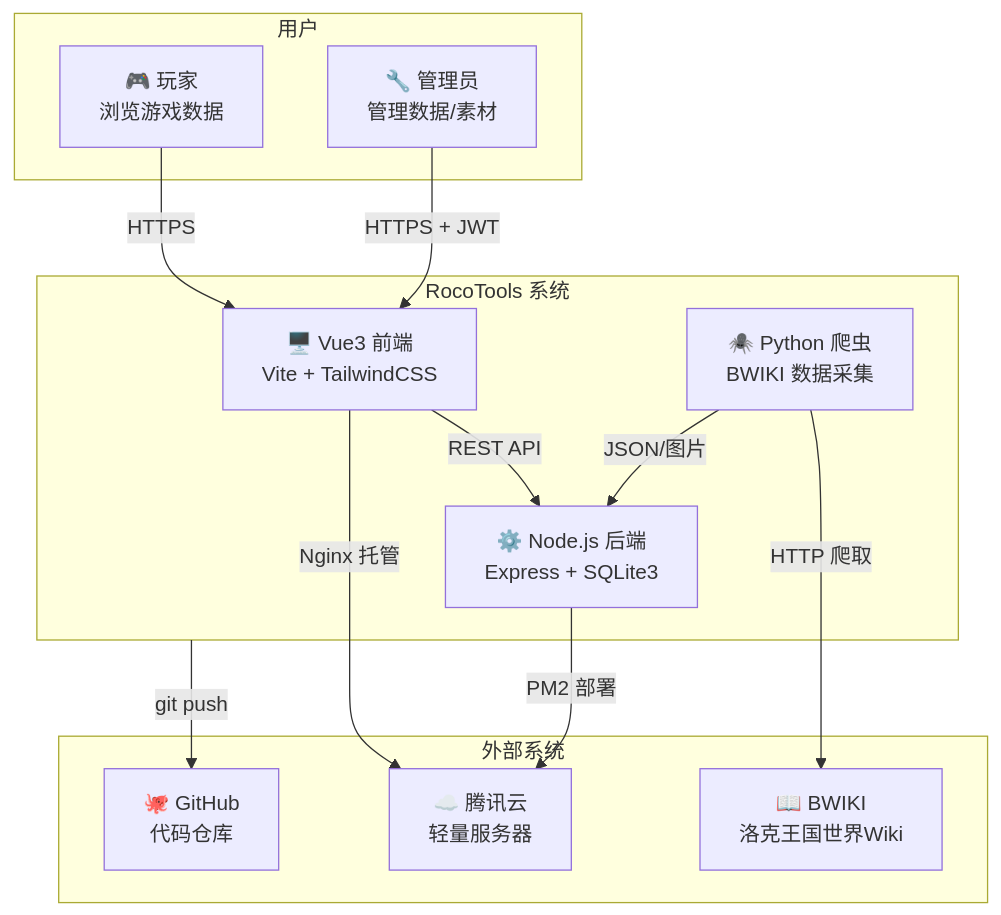
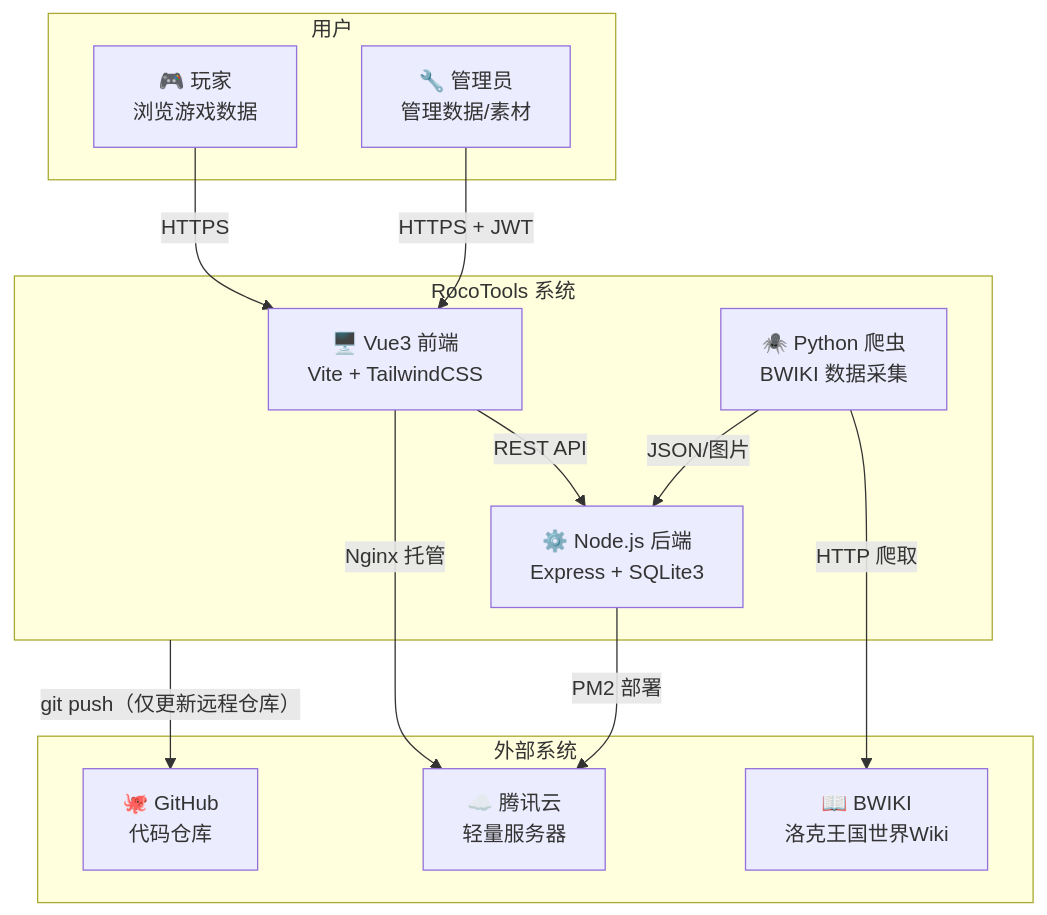
One commit to eachyczhang/-RocoTools changed the first of 12 diagrams in docs/ARCHITECTURE.md. Above: the diagram before and after it, drawn with Mermaid. The commit also changed other lines of this file and 21 other files, not shown here.

````diff
--- a/docs/ARCHITECTURE.md
+++ b/docs/ARCHITECTURE.md
@@ -10,28 +10,28 @@
 ```mermaid
 graph TB
     subgraph Users["用户"]
         Player["🎮 玩家<br/>浏览游戏数据"]
         Admin["🔧 管理员<br/>管理数据/素材"]
     end
 
     subgraph RocoTools["RocoTools 系统"]
         Frontend["🖥️ Vue3 前端<br/>Vite + TailwindCSS"]
         Backend["⚙️ Node.js 后端<br/>Express + SQLite3"]
         Crawler["🕷️ Python 爬虫<br/>BWIKI 数据采集"]
     end
 
     subgraph External["外部系统"]
         BWIKI["📖 BWIKI<br/>洛克王国世界Wiki"]
         GitHub["🐙 GitHub<br/>代码仓库"]
         TencentCloud["☁️ 腾讯云<br/>轻量服务器"]
     end
 
     Player -->|"HTTPS"| Frontend
     Admin -->|"HTTPS + JWT"| Frontend
     Frontend -->|"REST API"| Backend
     Crawler -->|"HTTP 爬取"| BWIKI
     Crawler -->|"JSON/图片"| Backend
     Backend -->|"PM2 部署"| TencentCloud
     Frontend -->|"Nginx 托管"| TencentCloud
-    RocoTools -->|"git push"| GitHub
+    RocoTools -->|"git push（仅更新远程仓库）"| GitHub
 ```
````
